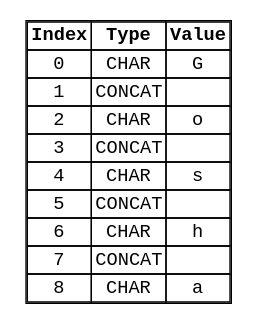
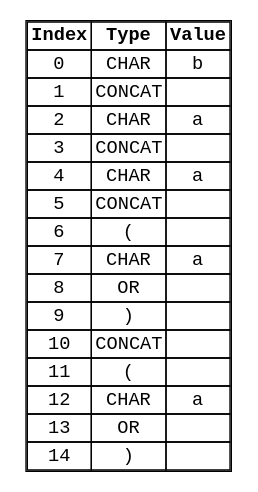
One commit to HotHeadd/automata25_mephi changed the diagram in 2/visuals/tokens.dot. Above: the diagram before and after it, drawn with Graphviz. The commit also changed 7 other files, not shown here.

```diff
--- a/2/visuals/tokens.dot
+++ b/2/visuals/tokens.dot
@@ -1,17 +1,23 @@
 digraph Tokens {
   node [shape=none, fontname="monospace"];
   tokens [label=<
     <TABLE BORDER="1" CELLBORDER="1" CELLSPACING="0">
       <TR><TD><B>Index</B></TD><TD><B>Type</B></TD><TD><B>Value</B></TD></TR>
-      <TR><TD>0</TD><TD>CHAR</TD><TD>G</TD></TR>
+      <TR><TD>0</TD><TD>CHAR</TD><TD>b</TD></TR>
       <TR><TD>1</TD><TD>CONCAT</TD><TD></TD></TR>
-      <TR><TD>2</TD><TD>CHAR</TD><TD>o</TD></TR>
+      <TR><TD>2</TD><TD>CHAR</TD><TD>a</TD></TR>
       <TR><TD>3</TD><TD>CONCAT</TD><TD></TD></TR>
-      <TR><TD>4</TD><TD>CHAR</TD><TD>s</TD></TR>
+      <TR><TD>4</TD><TD>CHAR</TD><TD>a</TD></TR>
       <TR><TD>5</TD><TD>CONCAT</TD><TD></TD></TR>
-      <TR><TD>6</TD><TD>CHAR</TD><TD>h</TD></TR>
-      <TR><TD>7</TD><TD>CONCAT</TD><TD></TD></TR>
-      <TR><TD>8</TD><TD>CHAR</TD><TD>a</TD></TR>
+      <TR><TD>6</TD><TD>(</TD><TD></TD></TR>
+      <TR><TD>7</TD><TD>CHAR</TD><TD>a</TD></TR>
+      <TR><TD>8</TD><TD>OR</TD><TD></TD></TR>
+      <TR><TD>9</TD><TD>)</TD><TD></TD></TR>
+      <TR><TD>10</TD><TD>CONCAT</TD><TD></TD></TR>
+      <TR><TD>11</TD><TD>(</TD><TD></TD></TR>
+      <TR><TD>12</TD><TD>CHAR</TD><TD>a</TD></TR>
+      <TR><TD>13</TD><TD>OR</TD><TD></TD></TR>
+      <TR><TD>14</TD><TD>)</TD><TD></TD></TR>
     </TABLE>
   >];
 }
```
